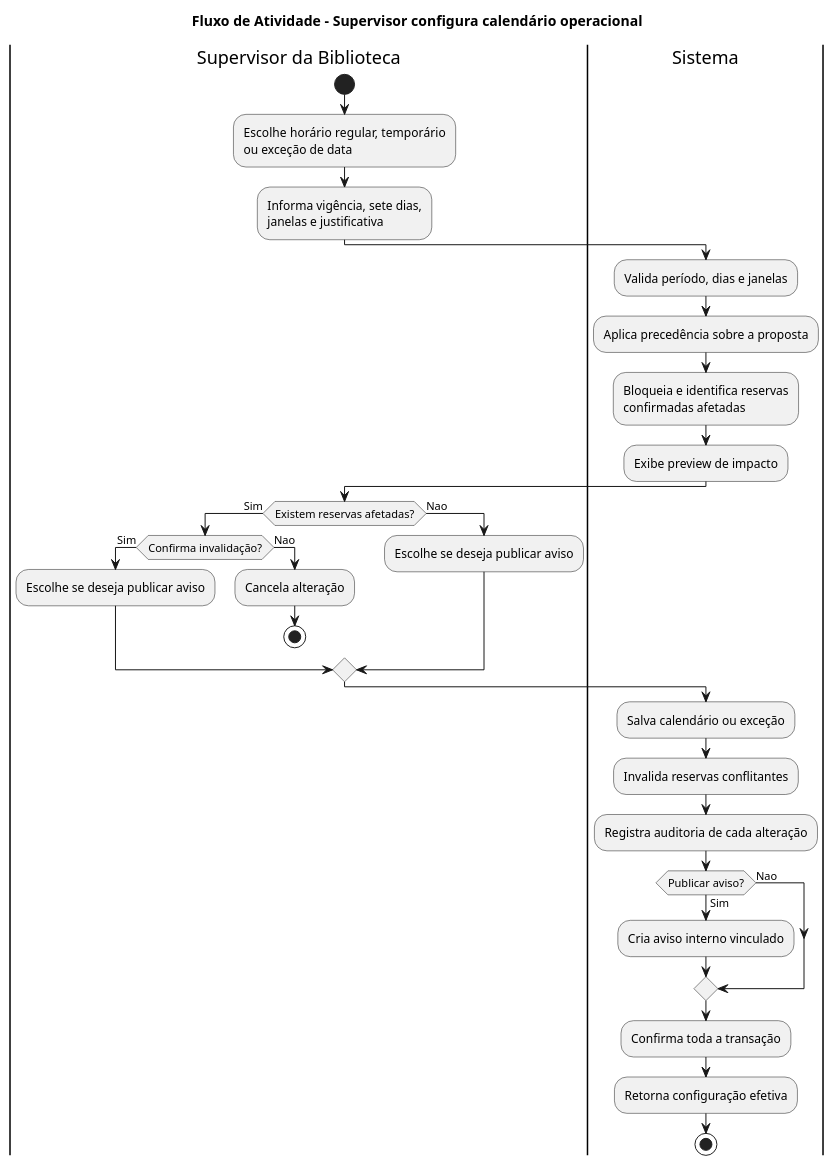
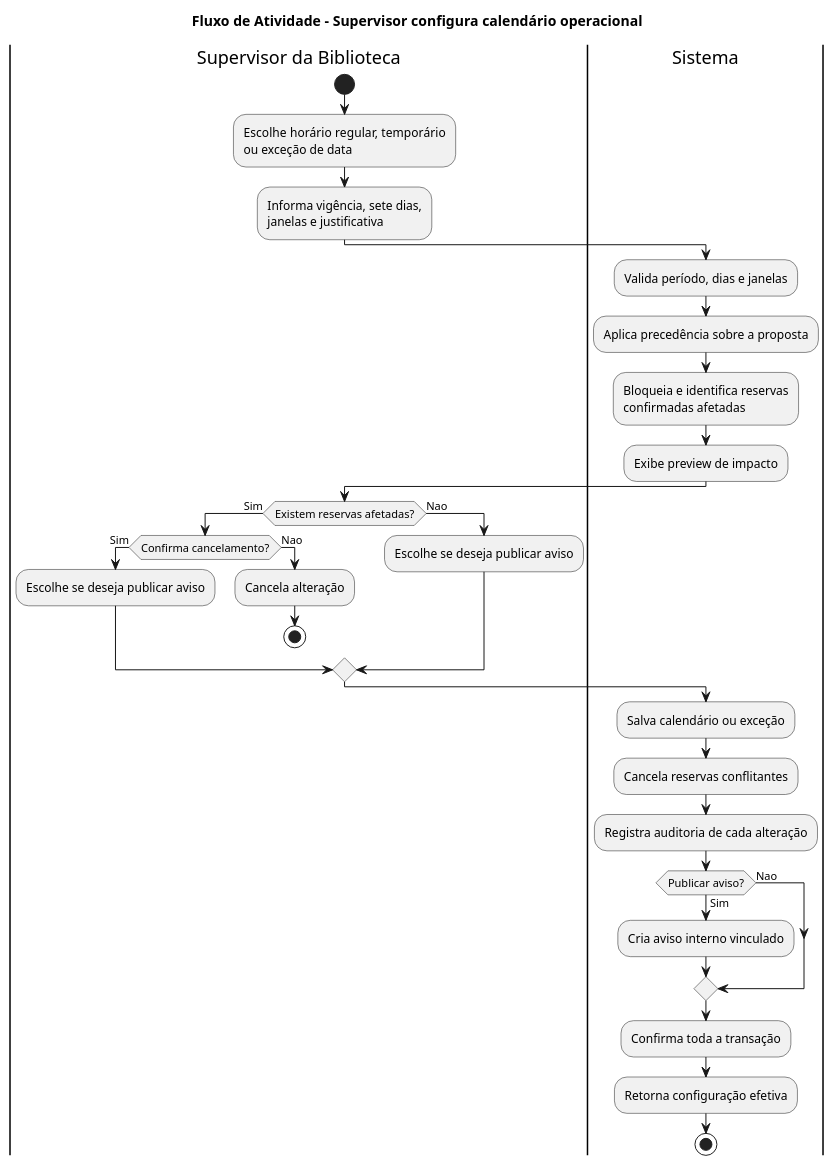
Before and after one commit to MarcosVini753/estagio: the diagram in docs/diagrams/atividades/12-supervisor-configurar-calendario.puml, drawn with PlantUML. The commit also changed 22 other files, not shown here.

```diff
--- a/docs/diagrams/atividades/12-supervisor-configurar-calendario.puml
+++ b/docs/diagrams/atividades/12-supervisor-configurar-calendario.puml
@@ -1,42 +1,42 @@
 @startuml
 title Fluxo de Atividade - Supervisor configura calendário operacional
 
 |Supervisor da Biblioteca|
 start
 :Escolhe horário regular, temporário
 ou exceção de data;
 :Informa vigência, sete dias,
 janelas e justificativa;
 
 |Sistema|
 :Valida período, dias e janelas;
 :Aplica precedência sobre a proposta;
 :Bloqueia e identifica reservas
 confirmadas afetadas;
 :Exibe preview de impacto;
 
 |Supervisor da Biblioteca|
 if (Existem reservas afetadas?) then (Sim)
-  if (Confirma invalidação?) then (Sim)
+  if (Confirma cancelamento?) then (Sim)
     :Escolhe se deseja publicar aviso;
   else (Nao)
     :Cancela alteração;
     stop
   endif
 else (Nao)
   :Escolhe se deseja publicar aviso;
 endif
 
 |Sistema|
 :Salva calendário ou exceção;
-:Invalida reservas conflitantes;
+:Cancela reservas conflitantes;
 :Registra auditoria de cada alteração;
 if (Publicar aviso?) then (Sim)
   :Cria aviso interno vinculado;
 else (Nao)
 endif
 :Confirma toda a transação;
 :Retorna configuração efetiva;
 stop
 
 @enduml
```
